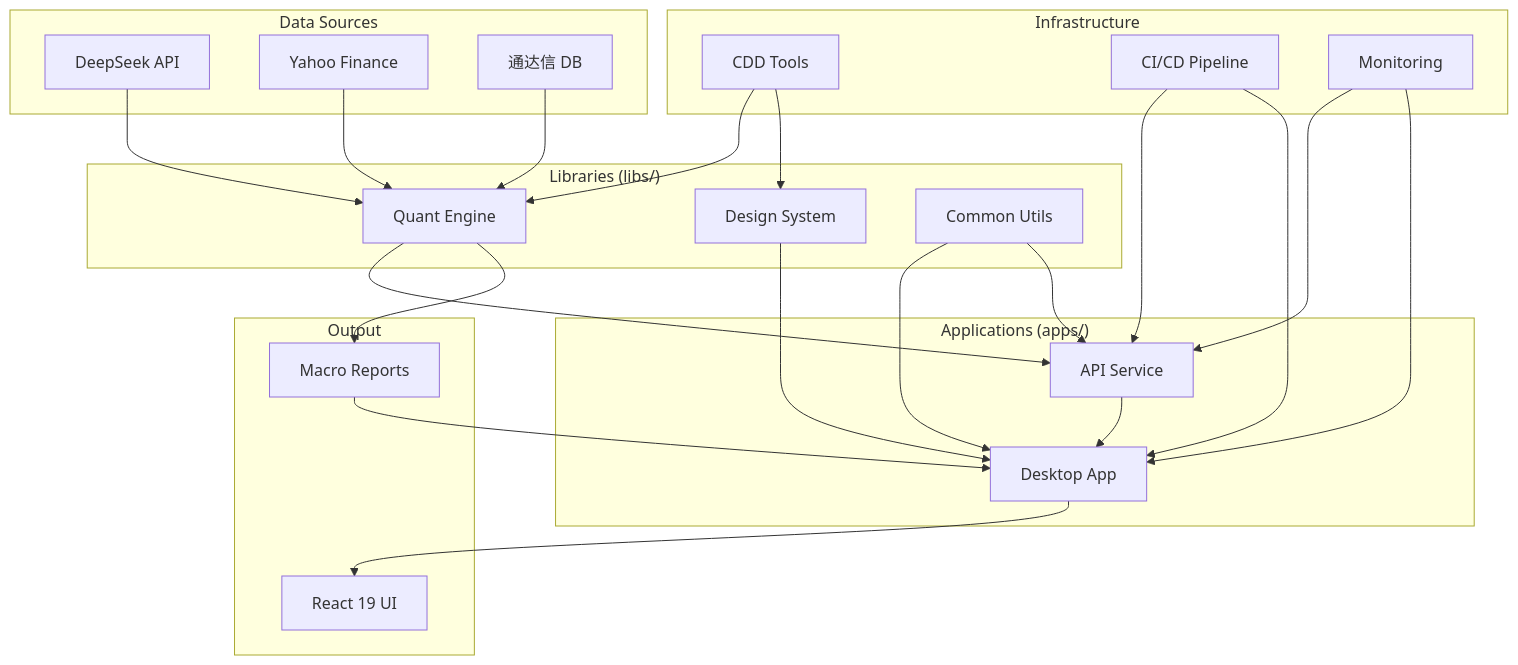
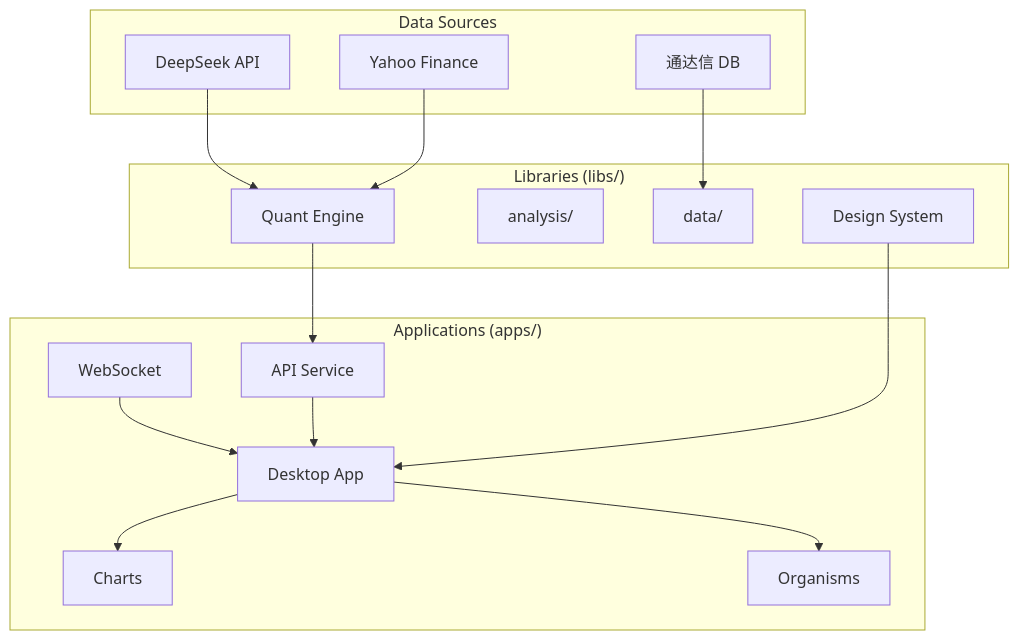
Before and after one commit to wsman/MY-DOGE-MACRO: the diagram in memory_bank/core/knowledge_graph.md, drawn with Mermaid. The commit also changed other lines of this file and 8 other files, not shown here.

````diff
--- a/memory_bank/core/knowledge_graph.md
+++ b/memory_bank/core/knowledge_graph.md
@@ -43,49 +57,33 @@
 ```mermaid
 graph TD
     subgraph "Data Sources"
         DS[DeepSeek API]
         YF[Yahoo Finance]
         TX[通达信 DB]
     end
     
     subgraph "Libraries (libs/)"
         QE[Quant Engine]
+        QE_A[analysis/]
+        QE_D[data/]
         DSYS[Design System]
-        COM[Common Utils]
     end
     
     subgraph "Applications (apps/)"
+        API[API Service]
+        API_WS[WebSocket]
         DESK[Desktop App]
-        API[API Service]
-    end
-    
-    subgraph "Infrastructure"
-        CDD[CDD Tools]
-        CICD[CI/CD Pipeline]
-        MON[Monitoring]
-    end
-    
-    subgraph "Output"
-        REPORT[Macro Reports]
-        UI[React 19 UI]
+        DESK_CHART[Charts]
+        DESK_ORG[Organisms]
     end
     
     DS --> QE
     YF --> QE
-    TX --> QE
+    TX --> QE_D
     QE --> API
+    API_WS --> DESK
     API --> DESK
     DSYS --> DESK
-    COM --> DESK
-    COM --> API
-    QE --> REPORT
-    REPORT --> DESK
-    DESK --> UI
-    
-    CDD --> QE
-    CDD --> DSYS
-    CICD --> API
-    CICD --> DESK
-    MON --> API
-    MON --> DESK
+    DESK --> DESK_CHART
+    DESK --> DESK_ORG
 ```
````
